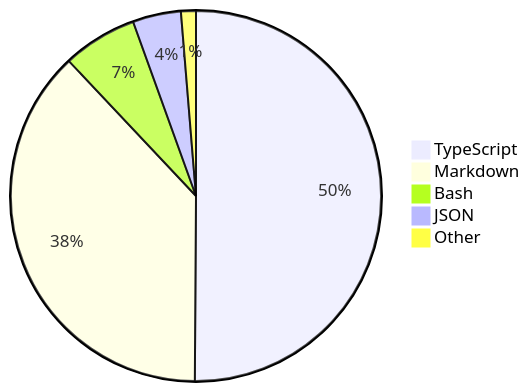
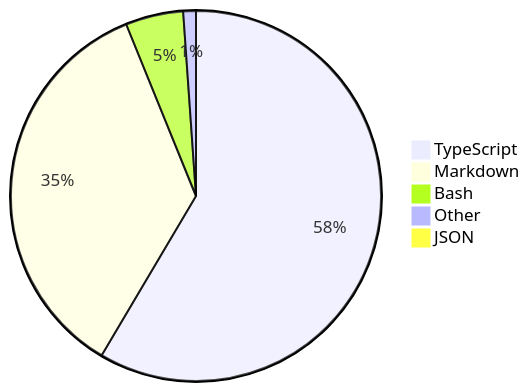
Before and after one commit to skvggor/skvggor: the diagram in README.md, drawn with Mermaid.

Commit message:
Updated waka-readme graph with new metrics

````diff
--- a/README.md
+++ b/README.md
@@ -35,8 +35,8 @@
 ```mermaid
 pie
-    "TypeScript" : 50.0
-    "Markdown" : 37.8
-    "Bash" : 6.5
-    "JSON" : 4.2
-    "Other" : 1.3
+    "TypeScript" : 58.1
+    "Markdown" : 35.1
+    "Bash" : 5.0
+    "Other" : 1.1
+    "JSON" : 0.6
 ```
````
